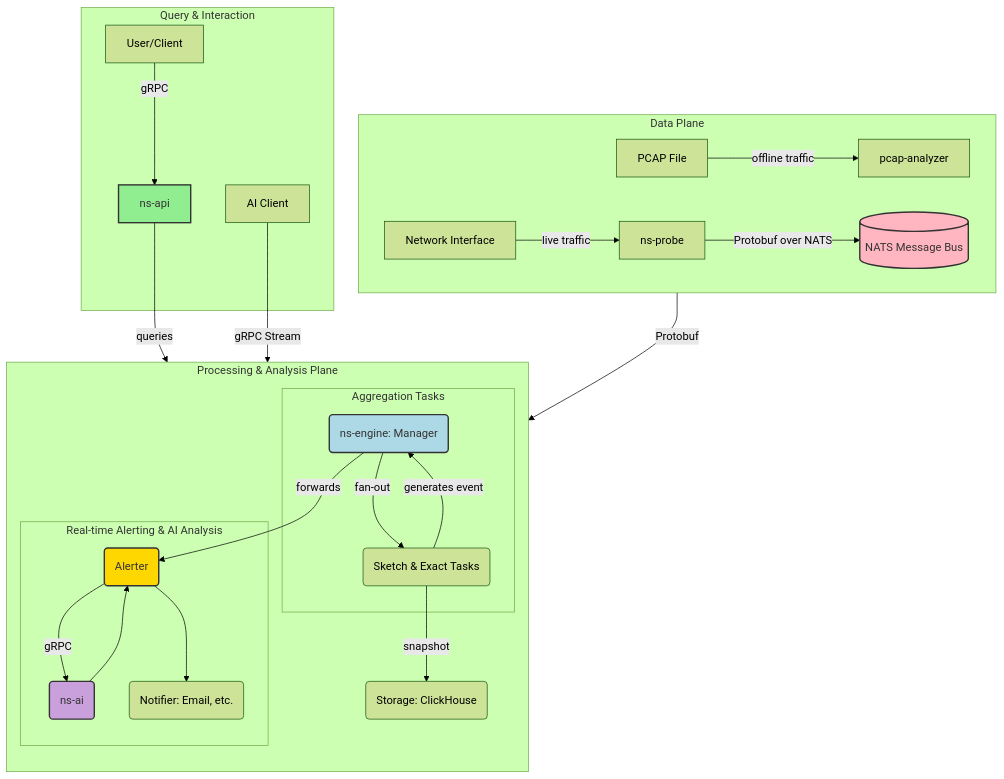
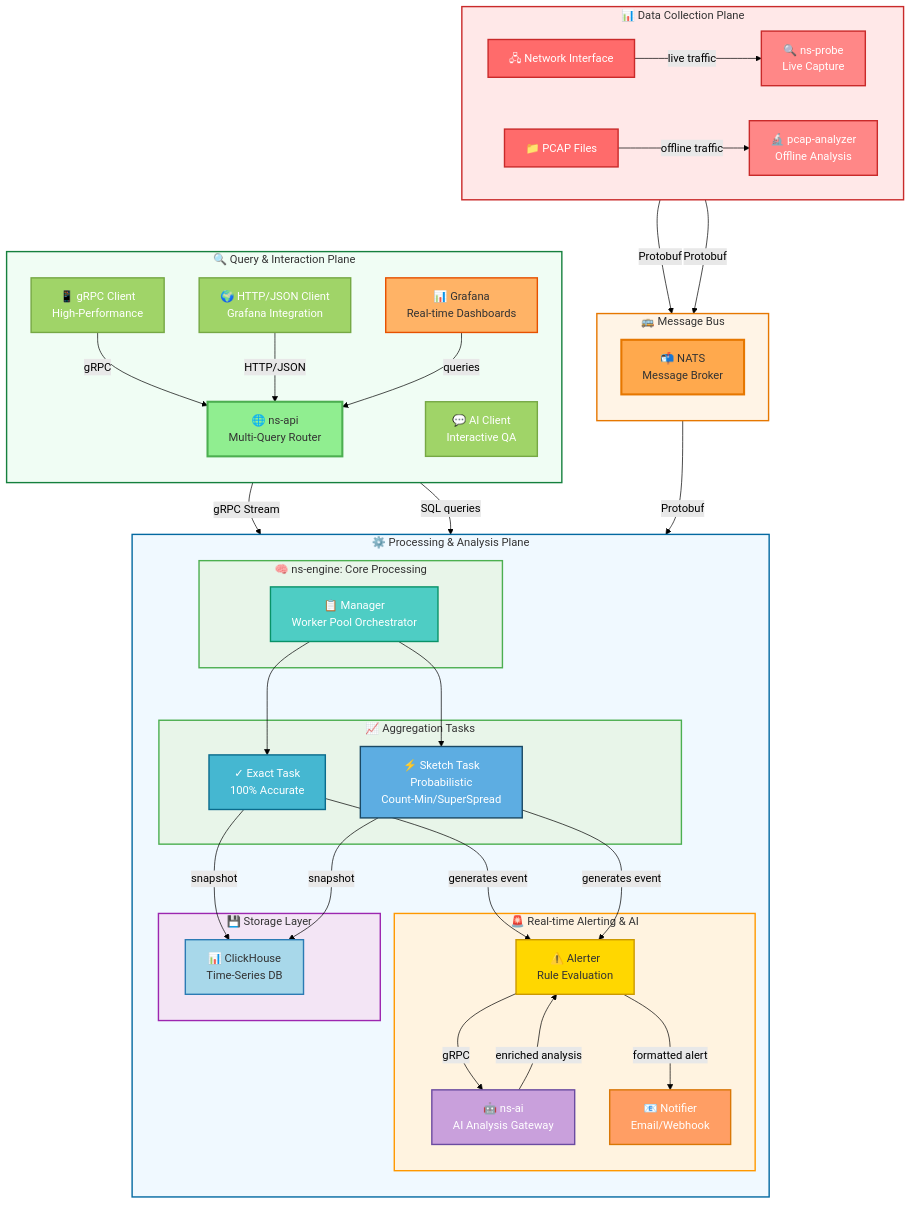
Before and after one commit to Decade-qiu/Go2NetSpectra: the diagram in README.md, drawn with Mermaid (forest theme). The commit also changed other lines of this file, not shown here.

````diff
--- a/README.md
+++ b/README.md
@@ -22,42 +52,107 @@
 ```mermaid
 graph TD
-    subgraph "Data Plane"
+    subgraph DataPlane["📊 Data Collection Plane"]
         direction LR
-        Iface[Network Interface] -- live traffic --> Probe[ns-probe]
-        Pcap[PCAP File] -- offline traffic --> Analyzer[pcap-analyzer]
-        Probe -- Protobuf over NATS --> NATS[(NATS Message Bus)]
+        Iface["🖧 Network Interface"]
+        Pcap["📁 PCAP Files"]
+        Probe["🔍 ns-probe<br/>Live Capture"]
+        Analyzer["🔬 pcap-analyzer<br/>Offline Analysis"]
+        
+        Iface -->|live traffic| Probe
+        Pcap -->|offline traffic| Analyzer
+        
+        style Iface fill:#FF6B6B,stroke:#C92A2A,stroke-width:2px,color:#fff
+        style Pcap fill:#FF6B6B,stroke:#C92A2A,stroke-width:2px,color:#fff
+        style Probe fill:#FF8787,stroke:#C92A2A,stroke-width:2px,color:#fff
+        style Analyzer fill:#FF8787,stroke:#C92A2A,stroke-width:2px,color:#fff
     end
 
-    subgraph "Processing & Analysis Plane"
+    subgraph MessageBus["🚌 Message Bus"]
         direction TB
-        NATS -- Protobuf --> Manager(ns-engine: Manager)
+        NATS["📬 NATS<br/>Message Broker"]
         
-        subgraph "Aggregation Tasks"
-            Manager -- fan-out --> Tasks(Sketch & Exact Tasks)
-        end
-
-        Tasks -- snapshot --> Storage(Storage: ClickHouse)
-        
-        subgraph "Real-time Alerting & AI Analysis"
-            Tasks -- generates event --> Manager
-            Manager -- forwards --> Alerter(Alerter)
-            Alerter -- gRPC --> AI_Service(ns-ai)
-            AI_Service --> Alerter
-            Alerter --> Notifier(Notifier: Email, etc.)
-        end
+        style NATS fill:#FFA94D,stroke:#E67700,stroke-width:3px,color:#333
     end
 
-    subgraph "Query & Interaction"
-        API[ns-api]
-        User[User/Client] -- gRPC --> API
-        API -- queries --> Storage
-
-        AI_Client[AI Client] -- gRPC Stream --> AI_Service
+    subgraph ProcessingPlane["⚙️ Processing & Analysis Plane"]
+        direction TB
+        
+        subgraph Engine["🧠 ns-engine: Core Processing"]
+            Manager["📋 Manager<br/>Worker Pool Orchestrator"]
+            
+            style Manager fill:#4ECDC4,stroke:#099268,stroke-width:2px,color:#fff
+        end
+        
+        subgraph Aggregators["📈 Aggregation Tasks"]
+            ExactTask["✓ Exact Task<br/>100% Accurate"]
+            SketchTask["⚡ Sketch Task<br/>Probabilistic<br/>Count-Min/SuperSpread"]
+            
+            style ExactTask fill:#45B7D1,stroke:#0A6B8C,stroke-width:2px,color:#fff
+            style SketchTask fill:#5DADE2,stroke:#1B4965,stroke-width:2px,color:#fff
+        end
+        
+        subgraph Alerting["🚨 Real-time Alerting & AI"]
+            Alerter["⚠️ Alerter<br/>Rule Evaluation"]
+            AI_Service["🤖 ns-ai<br/>AI Analysis Gateway"]
+            Notifier["📧 Notifier<br/>Email/Webhook"]
+            
+            style Alerter fill:#FFD700,stroke:#CC9900,stroke-width:2px,color:#333
+            style AI_Service fill:#C9A0DC,stroke:#6B4BA1,stroke-width:2px,color:#fff
+            style Notifier fill:#FF9E64,stroke:#D97706,stroke-width:2px,color:#fff
+        end
+        
+        subgraph Storage["💾 Storage Layer"]
+            ClickHouse["📊 ClickHouse<br/>Time-Series DB"]
+            
+            style ClickHouse fill:#A8D8EA,stroke:#2B7BB4,stroke-width:2px,color:#333
+        end
+        
+        Manager --> ExactTask
+        Manager --> SketchTask
+        ExactTask -->|snapshot| ClickHouse
+        SketchTask -->|snapshot| ClickHouse
+        ExactTask -->|generates event| Alerter
+        SketchTask -->|generates event| Alerter
+        Alerter -->|gRPC| AI_Service
+        AI_Service -->|enriched analysis| Alerter
+        Alerter -->|formatted alert| Notifier
+        
+        style Engine fill:#e8f5e9,stroke:#4CAF50,stroke-width:2px
+        style Aggregators fill:#e8f5e9,stroke:#4CAF50,stroke-width:2px
+        style Alerting fill:#fff3e0,stroke:#FF9800,stroke-width:2px
+        style Storage fill:#f3e5f5,stroke:#9C27B0,stroke-width:2px
     end
 
-    style NATS fill:#FFB6C1,stroke:#333,stroke-width:2px,color:#333
-    style Manager fill:#ADD8E6,stroke:#333,stroke-width:2px,color:#333
-    style API fill:#90EE90,stroke:#333,stroke-width:2px,color:#333
-    style Alerter fill:#FFD700,stroke:#333,stroke-width:2px,color:#333
-    style AI_Service fill:#C9A0DC,stroke:#333,stroke-width:2px,color:#333
+    subgraph QueryPlane["🔍 Query & Interaction Plane"]
+        direction TB
+        
+        API["🌐 ns-api<br/>Multi-Query Router"]
+        GrpcClient["📱 gRPC Client<br/>High-Performance"]
+        HttpClient["🌍 HTTP/JSON Client<br/>Grafana Integration"]
+        AI_Client["💬 AI Client<br/>Interactive QA"]
+        
+        Grafana["📊 Grafana<br/>Real-time Dashboards"]
+        
+        style API fill:#90EE90,stroke:#4CAF50,stroke-width:3px,color:#333
+        style GrpcClient fill:#A0D468,stroke:#76A844,stroke-width:2px,color:#fff
+        style HttpClient fill:#A0D468,stroke:#76A844,stroke-width:2px,color:#fff
+        style AI_Client fill:#A0D468,stroke:#76A844,stroke-width:2px,color:#fff
+        style Grafana fill:#FFB366,stroke:#E65100,stroke-width:2px,color:#333
+    end
+
+    Probe -->|Protobuf| NATS
+    Analyzer -->|Protobuf| NATS
+    NATS -->|Protobuf| Manager
+    
+    GrpcClient -->|gRPC| API
+    HttpClient -->|HTTP/JSON| API
+    AI_Client -->|gRPC Stream| AI_Service
+    
+    API -->|SQL queries| ClickHouse
+    Grafana -->|queries| API
+    
+    style DataPlane fill:#ffe8e8,stroke:#C92A2A,stroke-width:2px
+    style MessageBus fill:#fff4e6,stroke:#E67700,stroke-width:2px
+    style ProcessingPlane fill:#f0f9ff,stroke:#0369A1,stroke-width:2px
+    style QueryPlane fill:#f0fdf4,stroke:#15803D,stroke-width:2px
 ```
````
